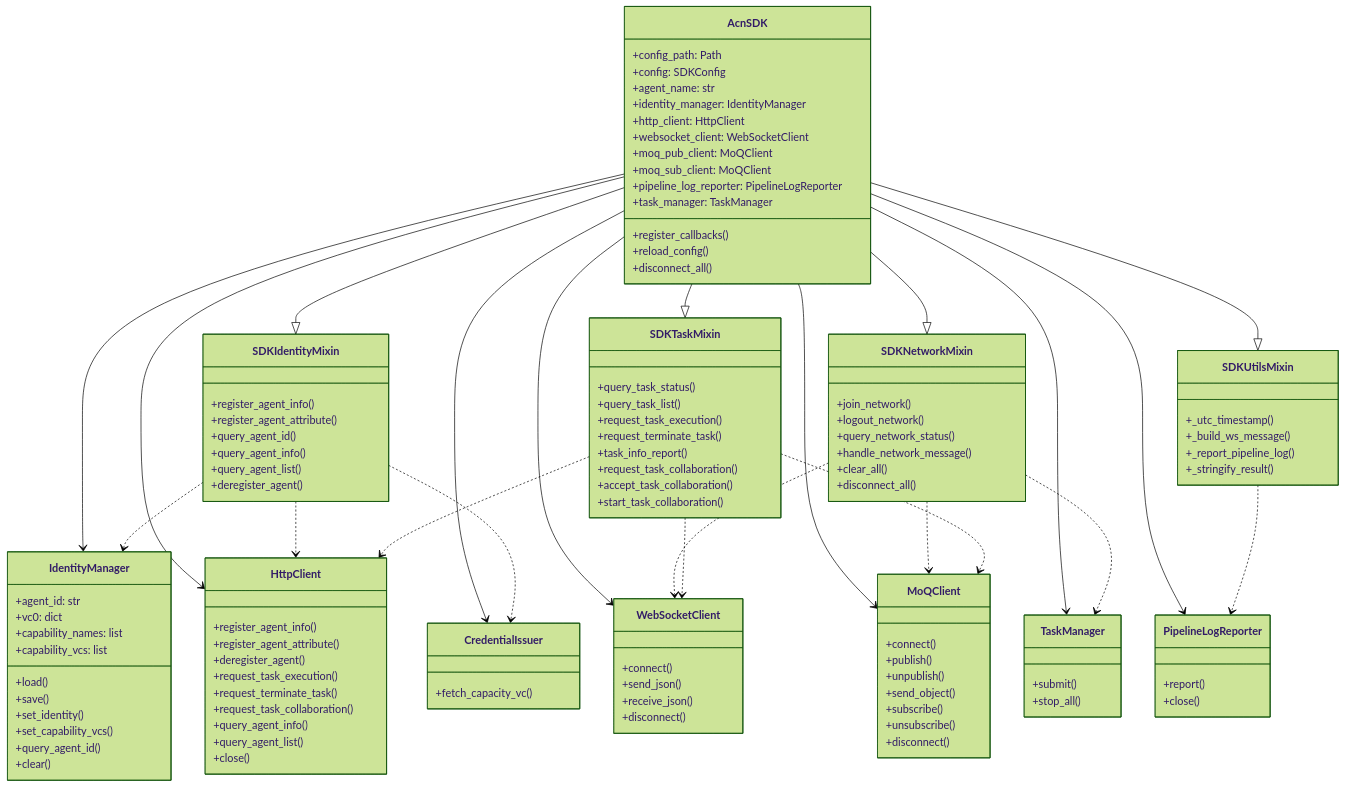
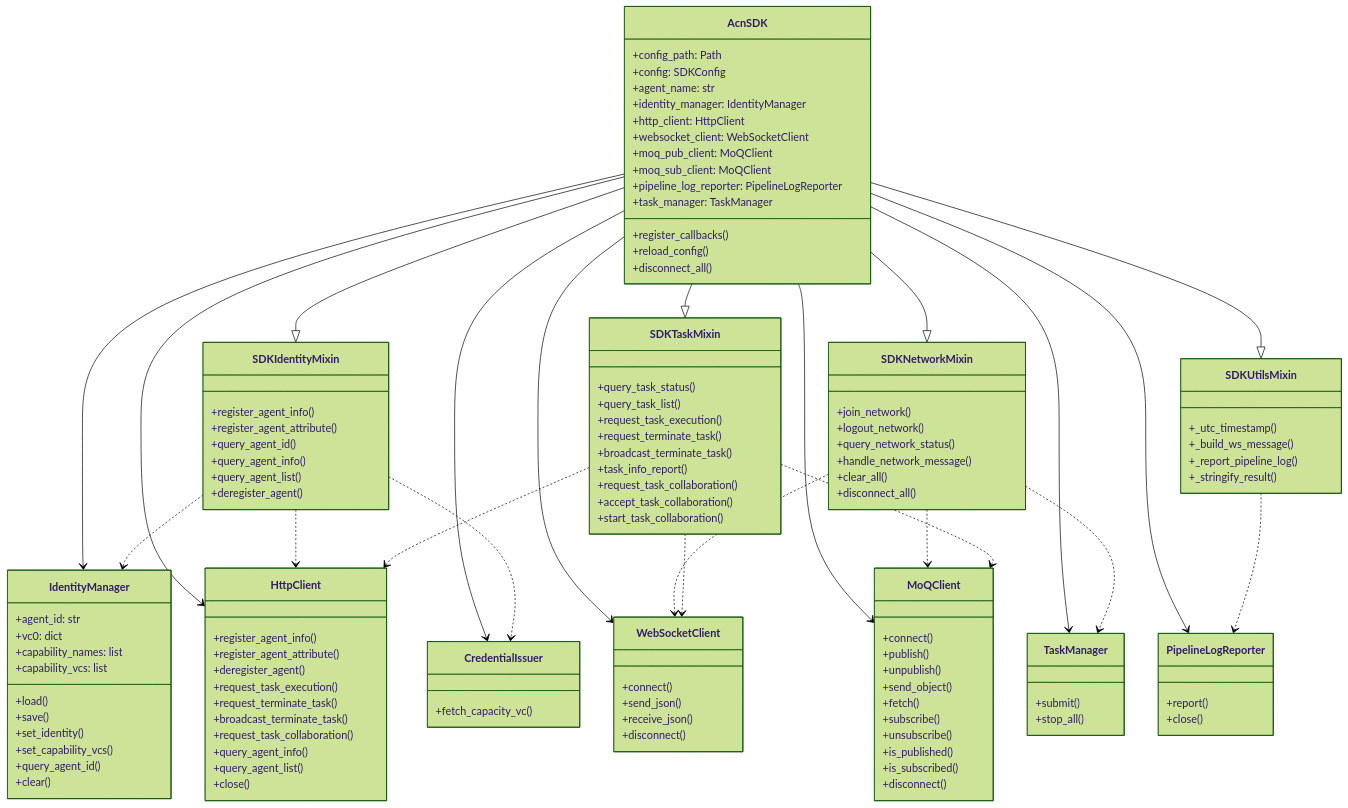
The tenth of 10 diagrams in docs/ACN_SDK_软件模块设计书.md (acore2026/acn_sdk), drawn with Mermaid (forest theme) before and after one commit. The commit also changed other lines of this file and 2 other files, not shown here.

```diff
--- a/docs/ACN_SDK_软件模块设计书.md
+++ b/docs/ACN_SDK_软件模块设计书.md
@@ -801,6 +845,7 @@
         +query_task_list()
         +request_task_execution()
         +request_terminate_task()
+        +broadcast_terminate_task()
         +task_info_report()
         +request_task_collaboration()
         +accept_task_collaboration()
@@ -833,6 +878,7 @@
         +deregister_agent()
         +request_task_execution()
         +request_terminate_task()
+        +broadcast_terminate_task()
         +request_task_collaboration()
         +query_agent_info()
         +query_agent_list()
@@ -851,8 +897,11 @@
         +publish()
         +unpublish()
         +send_object()
+        +fetch()
         +subscribe()
         +unsubscribe()
+        +is_published()
+        +is_subscribed()
         +disconnect()
     }
 
```
